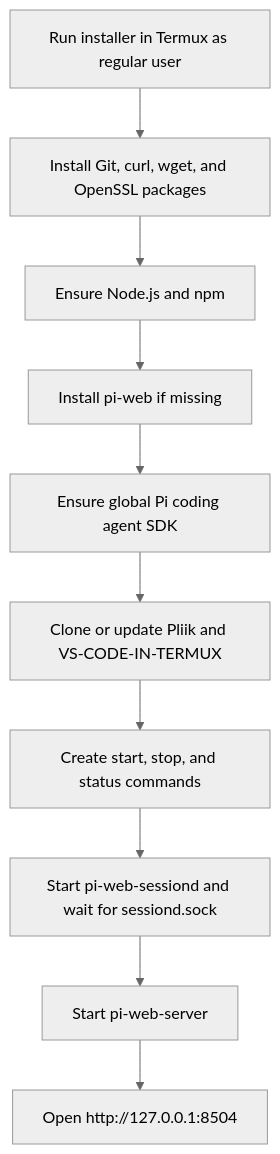
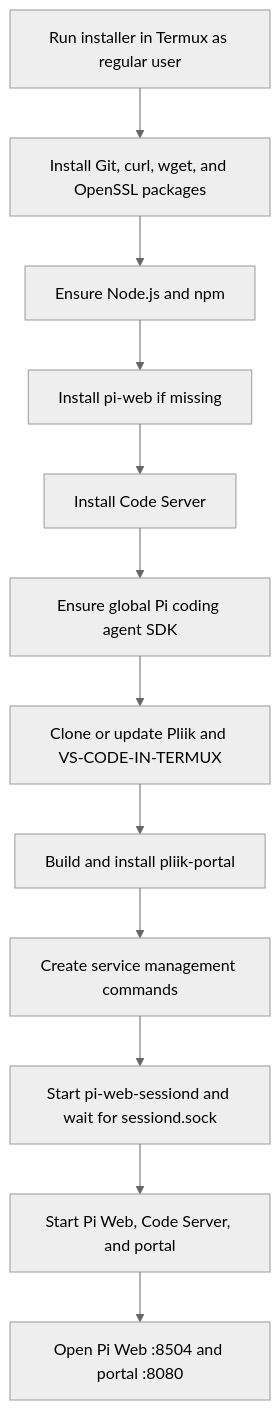
Before and after one commit to mutualendemic/pliik: the second of 2 diagrams in ARCHITECTURE.md, drawn with Mermaid (neutral theme). The commit also changed other lines of this file and 6 other files, not shown here.

Commit message:
Manage shared projects in Pi Web and Code Server

````diff
--- a/ARCHITECTURE.md
+++ b/ARCHITECTURE.md
@@ -39,15 +49,17 @@
 ```mermaid
 flowchart TD
     Start[Run installer in Termux as regular user]
     Base[Install Git, curl, wget, and OpenSSL packages]
     Runtime[Ensure Node.js and npm]
     PiWeb[Install pi-web if missing]
+    CodeServer[Install Code Server]
     SDK[Ensure global Pi coding agent SDK]
     Checkout[Clone or update Pliik and VS-CODE-IN-TERMUX]
-    Commands[Create start, stop, and status commands]
+    BuildPortal[Build and install pliik-portal]
+    Commands[Create service management commands]
     Sessiond[Start pi-web-sessiond and wait for sessiond.sock]
-    Server[Start pi-web-server]
-    Ready[Open http://127.0.0.1:8504]
+    Server[Start Pi Web, Code Server, and portal]
+    Ready[Open Pi Web :8504 and portal :8080]
 
-    Start --> Base --> Runtime --> PiWeb --> SDK --> Checkout --> Commands --> Sessiond --> Server --> Ready
+    Start --> Base --> Runtime --> PiWeb --> CodeServer --> SDK --> Checkout --> BuildPortal --> Commands --> Sessiond --> Server --> Ready
 ```
````
